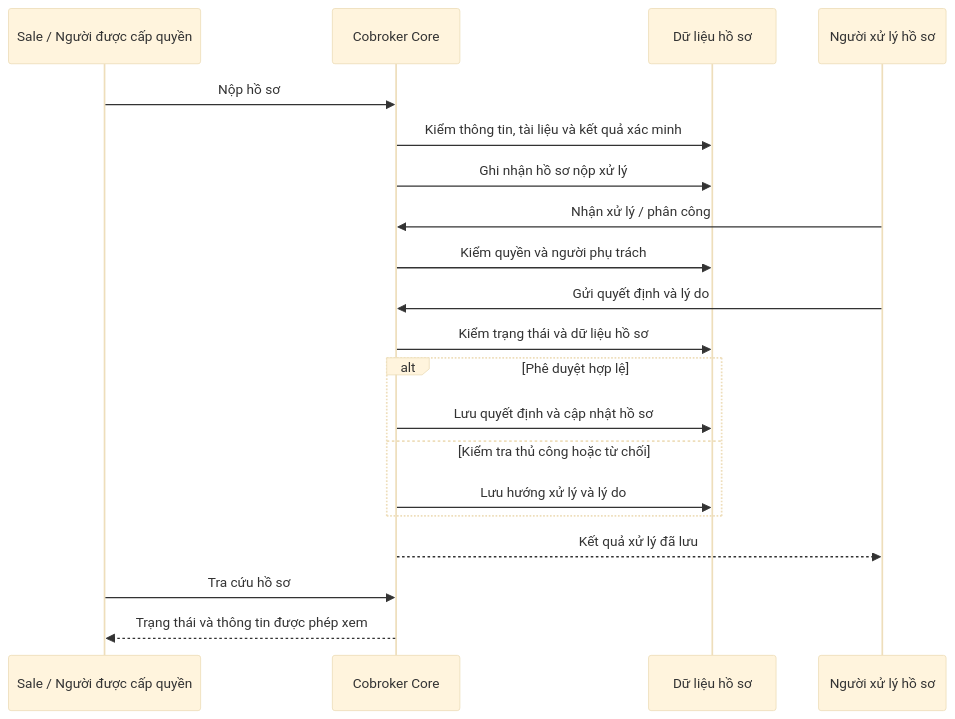
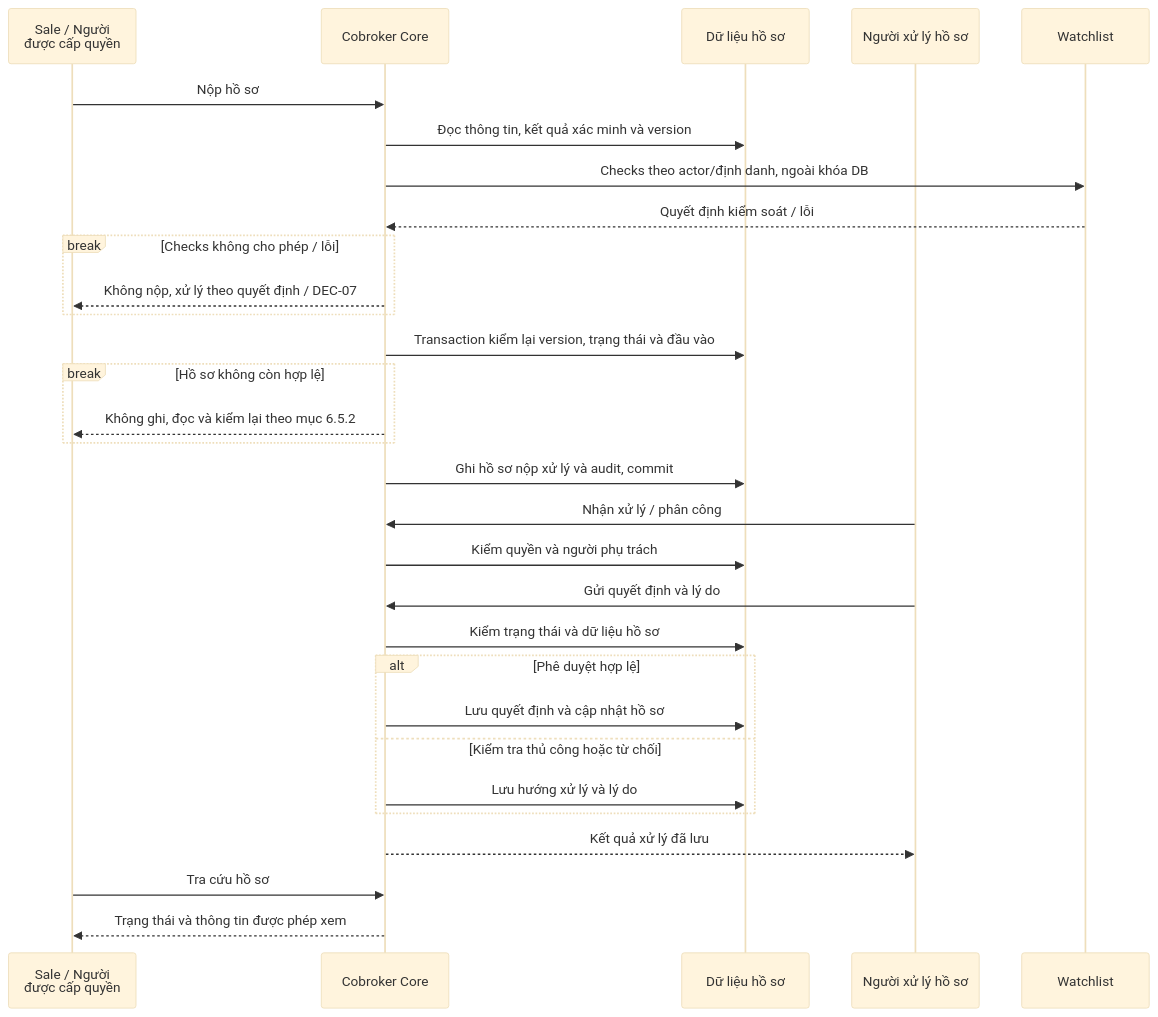
Before and after one commit to huynv-xyz/vhm-tdd: the diagram in cobroker/diagrams/cobroker-06.mmd, drawn with Mermaid (base theme). The commit also changed 9 other files, not shown here.

```diff
--- a/cobroker/diagrams/cobroker-06.mmd
+++ b/cobroker/diagrams/cobroker-06.mmd
@@ -1,20 +1,30 @@
 sequenceDiagram
-    participant U as Sale / Người được cấp quyền
+    participant U as Sale / Người<br/>được cấp quyền
     participant C as Cobroker Core
     participant D as Dữ liệu hồ sơ
     participant R as Người xử lý hồ sơ
+    participant W as Watchlist
     U->>C: Nộp hồ sơ
-    C->>D: Kiểm thông tin, tài liệu và kết quả xác minh
-    C->>D: Ghi nhận hồ sơ nộp xử lý
+    C->>D: Đọc thông tin, kết quả xác minh và version
+    C->>W: Checks theo actor/định danh, ngoài khóa DB
+    W-->>C: Quyết định kiểm soát / lỗi
+    break Checks không cho phép / lỗi
+        C-->>U: Không nộp, xử lý theo quyết định / DEC-07
+    end
+    C->>D: Transaction kiểm lại version, trạng thái và đầu vào
+    break Hồ sơ không còn hợp lệ
+        C-->>U: Không ghi, đọc và kiểm lại theo mục 6.5.2
+    end
+    C->>D: Ghi hồ sơ nộp xử lý và audit, commit
     R->>C: Nhận xử lý / phân công
     C->>D: Kiểm quyền và người phụ trách
     R->>C: Gửi quyết định và lý do
     C->>D: Kiểm trạng thái và dữ liệu hồ sơ
     alt Phê duyệt hợp lệ
         C->>D: Lưu quyết định và cập nhật hồ sơ
     else Kiểm tra thủ công hoặc từ chối
         C->>D: Lưu hướng xử lý và lý do
     end
     C-->>R: Kết quả xử lý đã lưu
     U->>C: Tra cứu hồ sơ
     C-->>U: Trạng thái và thông tin được phép xem
```
